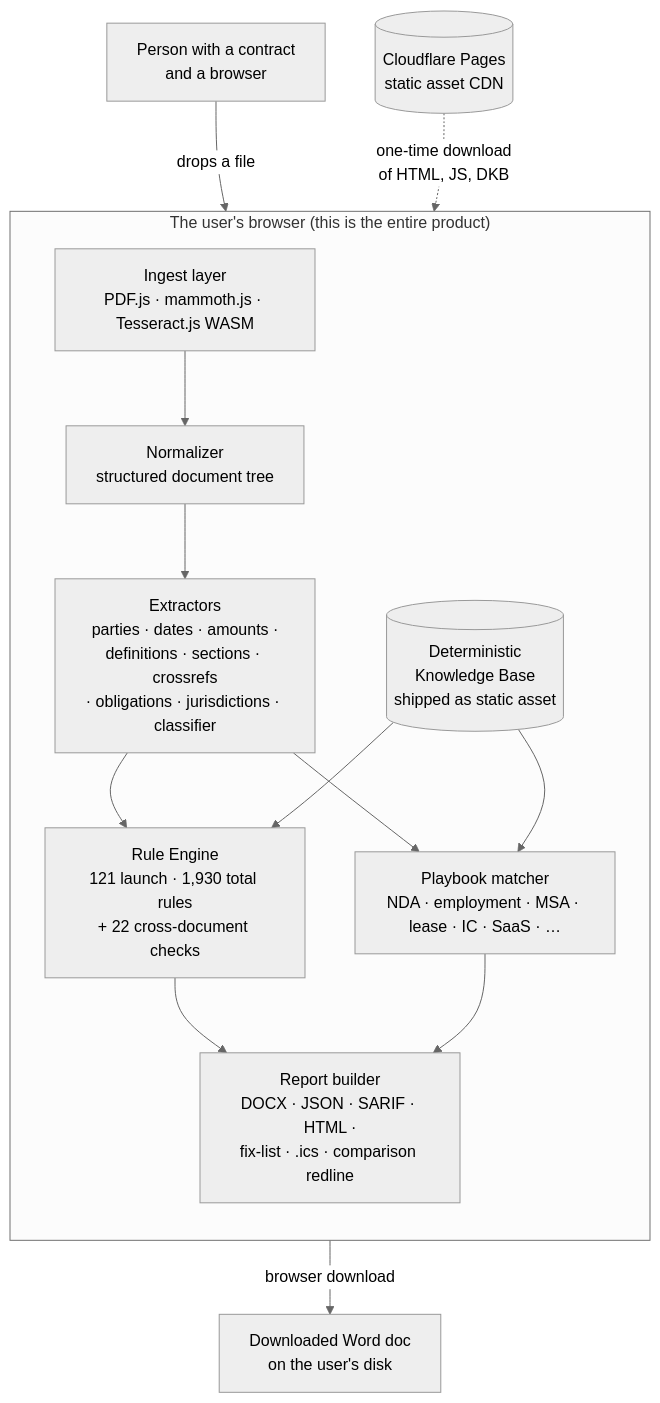
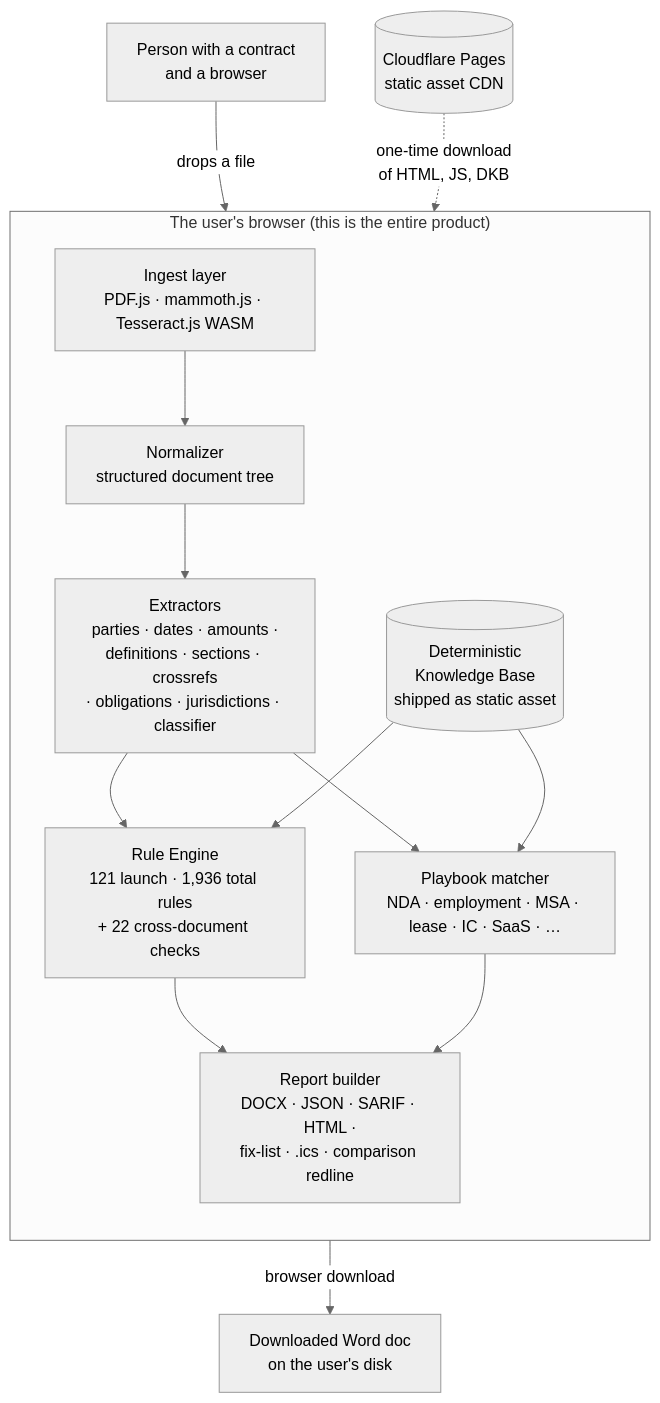
Before and after one commit to clay-good/vaulytica: the diagram in docs/architecture.md, drawn with Mermaid (neutral theme). The commit also changed other lines of this file and 401 other files, not shown here.

````diff
--- a/docs/architecture.md
+++ b/docs/architecture.md
@@ -5,28 +5,28 @@
 ```mermaid
 flowchart TB
     user[Person with a contract<br/>and a browser]
 
     subgraph browser["The user's browser (this is the entire product)"]
         direction TB
         ingest[Ingest layer<br/>PDF.js · mammoth.js · Tesseract.js WASM]
         normalize[Normalizer<br/>structured document tree]
         extract[Extractors<br/>parties · dates · amounts ·<br/>definitions · sections · crossrefs<br/>· obligations · jurisdictions · classifier]
-        engine[Rule Engine<br/>121 launch · 1,930 total rules<br/>+ 22 cross-document checks]
+        engine[Rule Engine<br/>121 launch · 1,936 total rules<br/>+ 22 cross-document checks]
         playbook[Playbook matcher<br/>NDA · employment · MSA · lease · IC · SaaS · …]
         dkb[(Deterministic<br/>Knowledge Base<br/>shipped as static asset)]
         report[Report builder<br/>DOCX · JSON · SARIF · HTML ·<br/>fix-list · .ics · comparison redline]
     end
 
     cdn[(Cloudflare Pages<br/>static asset CDN)]
     download[Downloaded Word doc<br/>on the user's disk]
 
     user -- "drops a file" --> ingest
     cdn -. "one-time download<br/>of HTML, JS, DKB" .-> browser
     ingest --> normalize --> extract --> engine
     extract --> playbook
     dkb --> engine
     dkb --> playbook
     engine --> report
     playbook --> report
     report -- "browser download" --> download
 ```
````
